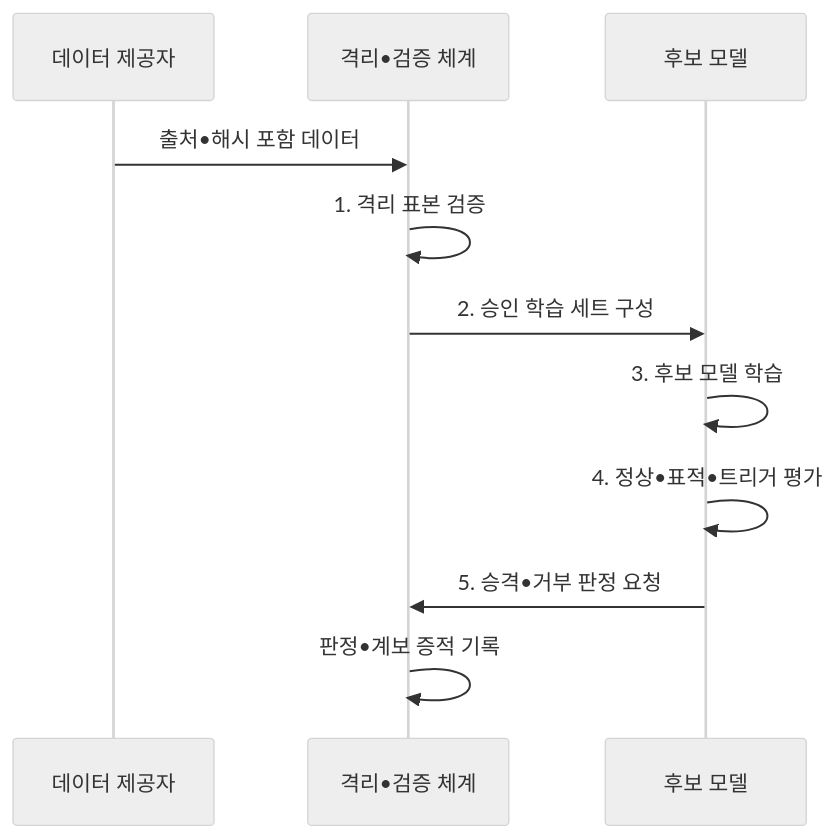
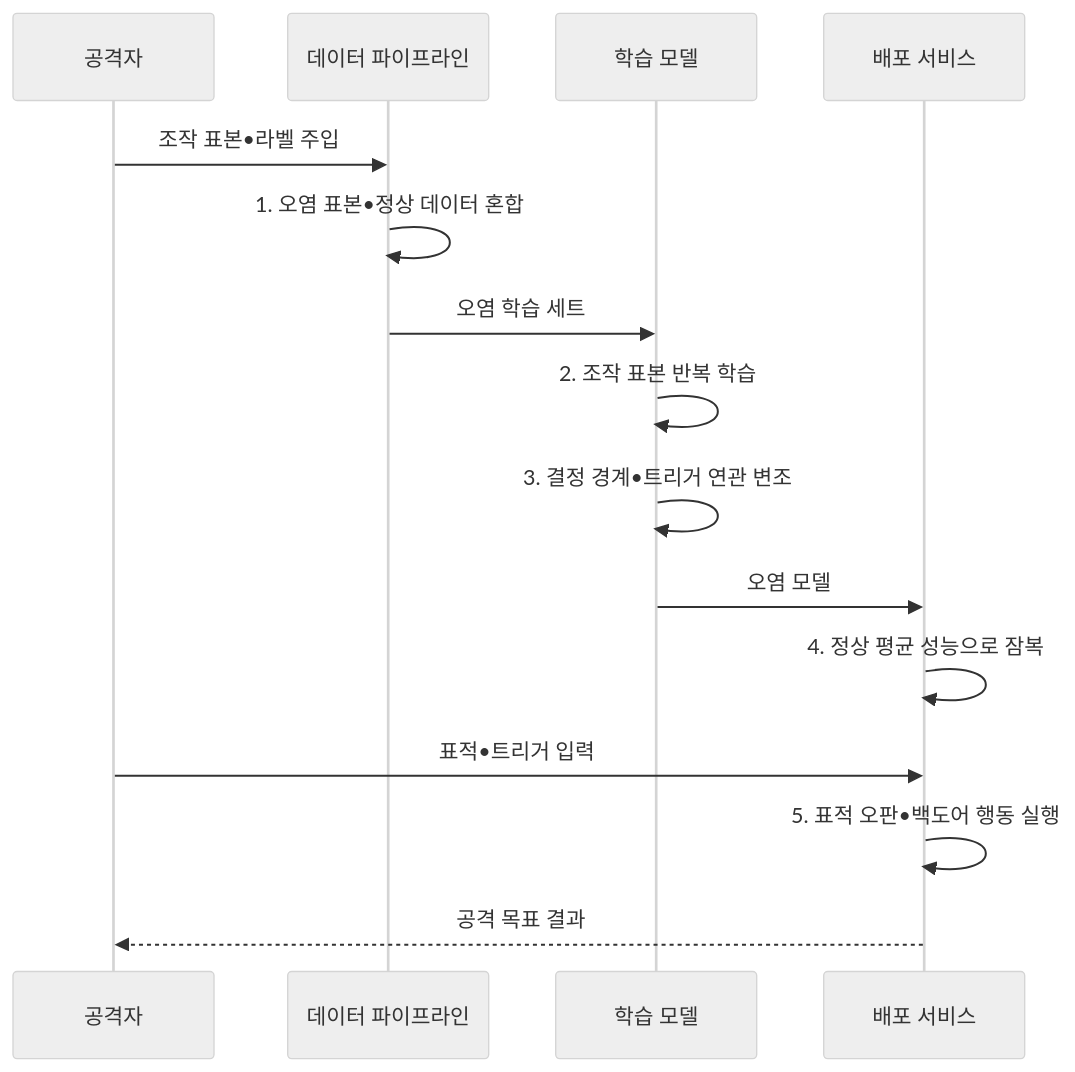
The second of 2 diagrams in src/content/docs/notes/05-security/084_data_poisoning.md (agnusdei1207/knowledge-base), drawn with Mermaid (neutral theme) before and after one commit. The commit also changed other lines of this file and 14 other files, not shown here.

````diff
--- a/src/content/docs/notes/05-security/084_data_poisoning.md
+++ b/src/content/docs/notes/05-security/084_data_poisoning.md
@@ -104,13 +104,17 @@
 ```mermaid
 sequenceDiagram
-    participant S as 데이터 제공자
-    participant V as 격리•검증 체계
-    participant M as 후보 모델
-    S->>V: 출처•해시 포함 데이터
-    V->>V: 1. 격리 표본 검증
-    V->>M: 2. 승인 학습 세트 구성
-    M->>M: 3. 후보 모델 학습
-    M->>M: 4. 정상•표적•트리거 평가
-    M->>V: 5. 승격•거부 판정 요청
-    V->>V: 판정•계보 증적 기록
+    participant A as 공격자
+    participant D as 데이터 파이프라인
+    participant M as 학습 모델
+    participant S as 배포 서비스
+    A->>D: 조작 표본•라벨 주입
+    D->>D: 1. 오염 표본•정상 데이터 혼합
+    D->>M: 오염 학습 세트
+    M->>M: 2. 조작 표본 반복 학습
+    M->>M: 3. 결정 경계•트리거 연관 변조
+    M->>S: 오염 모델
+    S->>S: 4. 정상 평균 성능으로 잠복
+    A->>S: 표적•트리거 입력
+    S->>S: 5. 표적 오판•백도어 행동 실행
+    S-->>A: 공격 목표 결과
 ```
````
